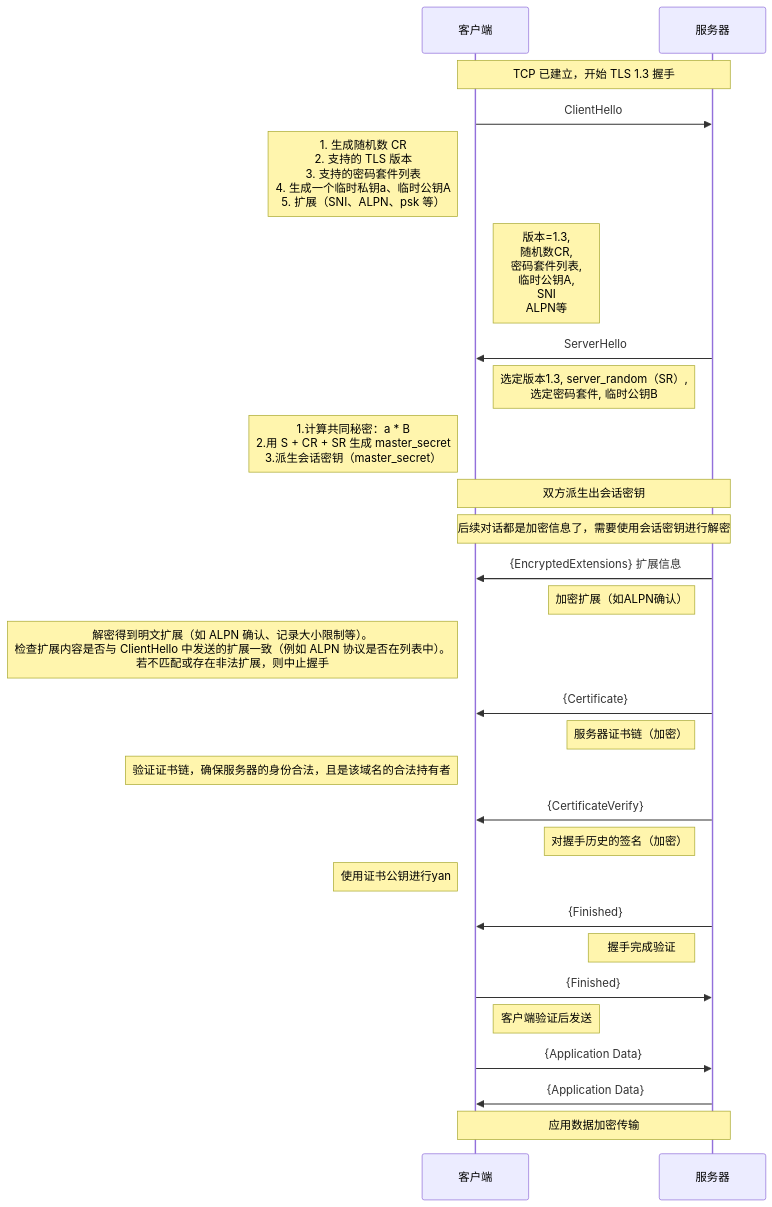
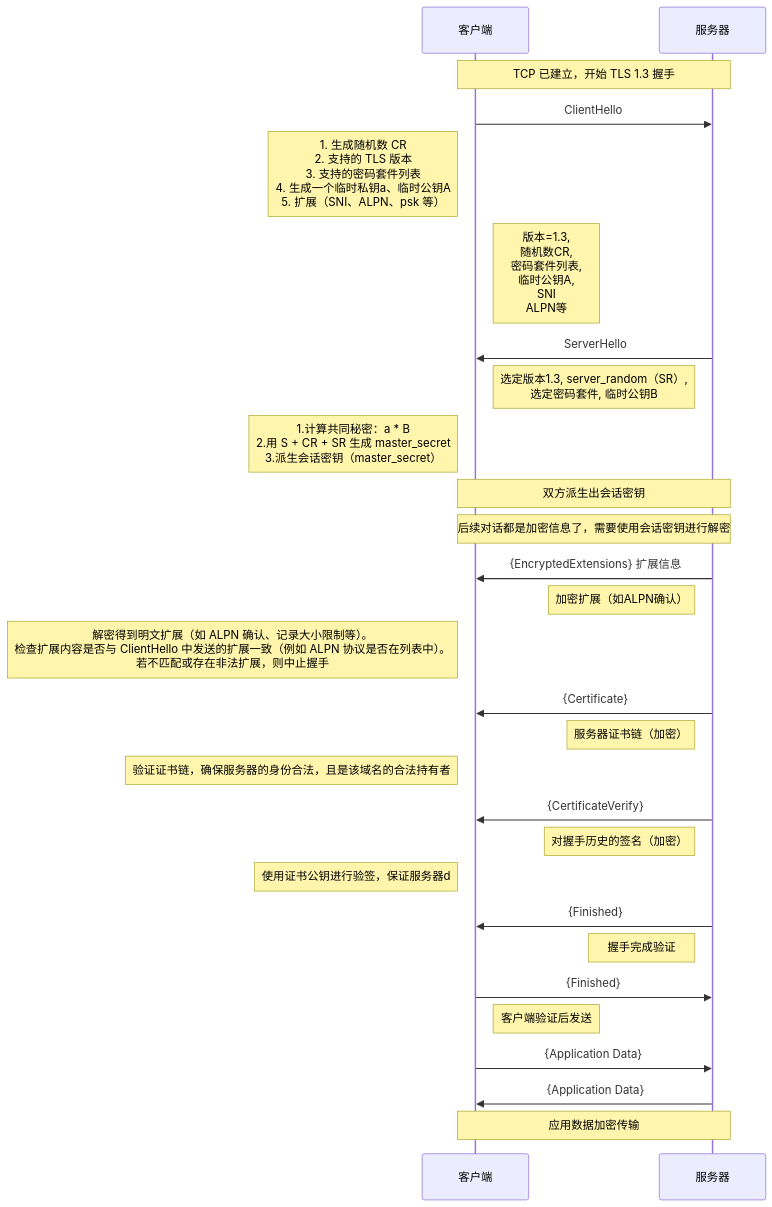
Before and after one commit to HY-10-8/iodraw-files: the diagram in all/TLS-1.3-通用.md, drawn with Mermaid.

Commit message:
2026-03-30 18:57:14 update

````diff
--- a/all/TLS-1.3-通用.md
+++ b/all/TLS-1.3-通用.md
@@ -1,40 +1,40 @@
 ```mermaid
 sequenceDiagram
     participant C as 客户端
     participant S as 服务器
 
     Note over C,S: TCP 已建立，开始 TLS 1.3 握手
 
     C->>S: ClientHello
     Note left of C: 1. 生成随机数 CR<br/> 2. 支持的 TLS 版本<br/> 3. 支持的密码套件列表<br/> 4. 生成一个临时私钥a、临时公钥A<br/> 5. 扩展（SNI、ALPN、psk 等）
     Note right of C: 版本=1.3,<br/> 随机数CR,<br/> 密码套件列表,<br/> 临时公钥A,<br/> SNI<br/> ALPN等
 
     S->>C: ServerHello
     Note left of S: 选定版本1.3, server_random（SR）,<br/> 选定密码套件, 临时公钥B
     Note left of C: 1.计算共同秘密：a * B<br/> 2.用 S + CR + SR 生成 master_secret<br/> 3.派生会话密钥（master_secret）
 
     Note over C,S: 双方派生出会话密钥
     Note over C,S: 后续对话都是加密信息了，需要使用会话密钥进行解密
 
     S->>C: {EncryptedExtensions} 扩展信息
     Note left of S: 加密扩展（如ALPN确认）
     Note left of C: 解密得到明文扩展（如 ALPN 确认、记录大小限制等）。<br/>检查扩展内容是否与 ClientHello 中发送的扩展一致（例如 ALPN 协议是否在列表中）。<br/> 若不匹配或存在非法扩展，则中止握手
 
     S->>C: {Certificate}
     Note left of S: 服务器证书链（加密）
     Note left of C: 验证证书链，确保服务器的身份合法，且是该域名的合法持有者
 
     S->>C: {CertificateVerify}
     Note left of S: 对握手历史的签名（加密）
-    Note left of C: 使用证书公钥进行yan
+    Note left of C: 使用证书公钥进行验签，保证服务器d
 
     S->>C: {Finished}
     Note left of S: 握手完成验证
 
     C->>S: {Finished}
     Note right of C: 客户端验证后发送
 
     C->>S: {Application Data}
     S->>C: {Application Data}
     Note over C,S: 应用数据加密传输
 ```
````
